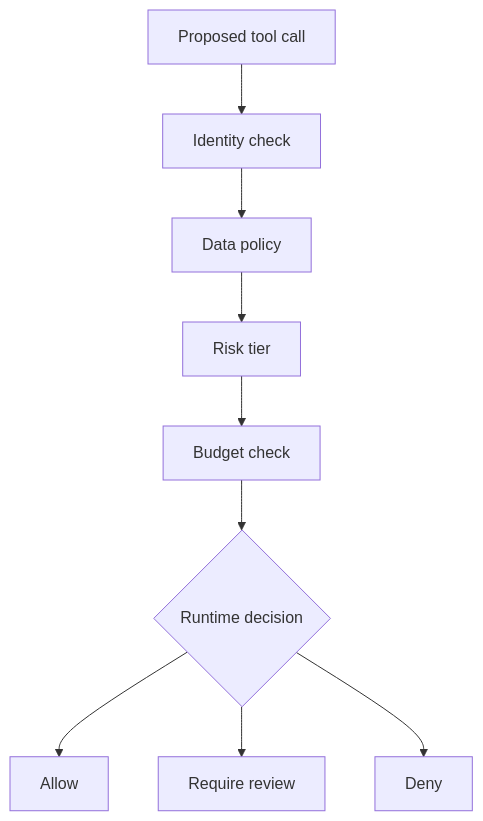
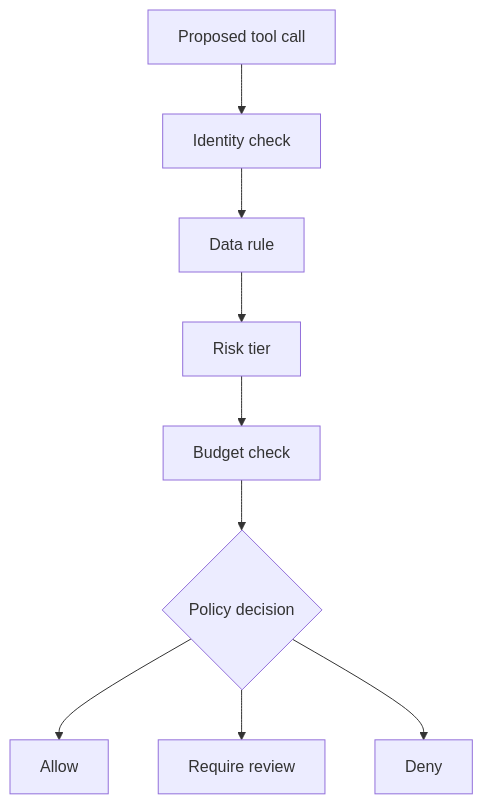
Before and after one commit to naren-allam/agents-beginners: the seventh of 13 diagrams in book/chapters/chapter-06-enterprise-adoption-of-agentic-ai.md, drawn with Mermaid. The commit also changed other lines of this file and 28 other files, not shown here.

````diff
--- a/book/chapters/chapter-06-enterprise-adoption-of-agentic-ai.md
+++ b/book/chapters/chapter-06-enterprise-adoption-of-agentic-ai.md
@@ -197,21 +220,21 @@
 ```mermaid
 flowchart TD
     Proposed["Proposed tool call"]
     Identity["Identity check"]
-    Data["Data policy"]
+    Data["Data rule"]
     Risk["Risk tier"]
     Budget["Budget check"]
-    Decision{"Runtime decision"}
+    Decision{"Policy decision"}
     Allow["Allow"]
     Review["Require review"]
     Deny["Deny"]
 
     Proposed --> Identity
     Identity --> Data
     Data --> Risk
     Risk --> Budget
     Budget --> Decision
     Decision --> Allow
     Decision --> Review
     Decision --> Deny
 ```
````
